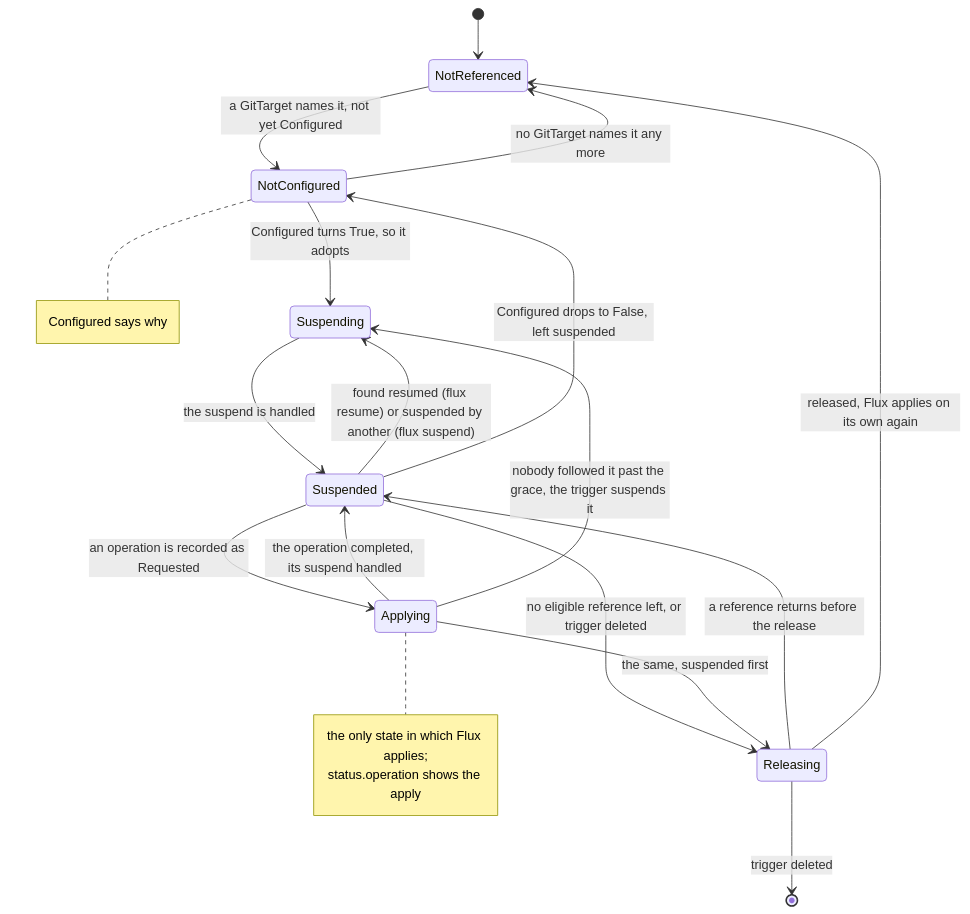
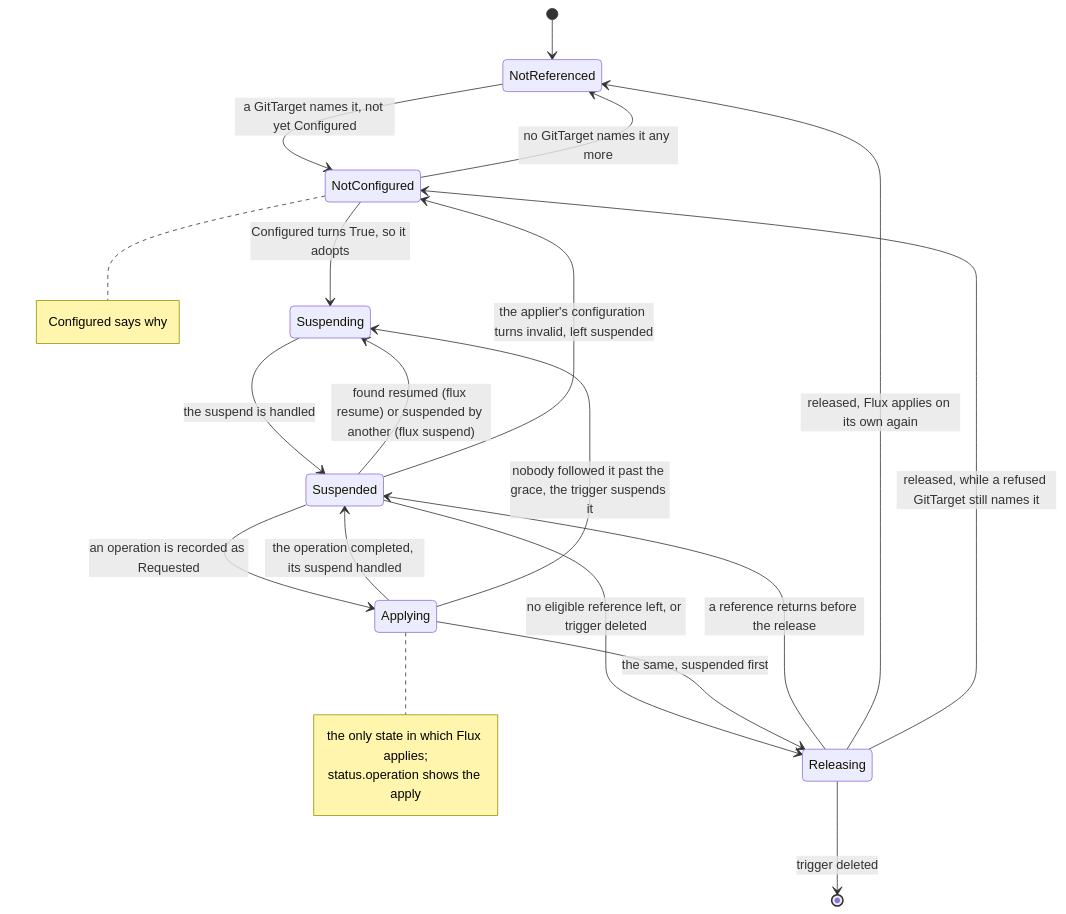
Before and after one commit to ConfigButler/gitops-reverser: the first of 2 diagrams in docs/bi-directional-flux.md, drawn with Mermaid. The commit also changed other lines of this file and 13 other files, not shown here.

````diff
--- a/docs/bi-directional-flux.md
+++ b/docs/bi-directional-flux.md
@@ -223,26 +239,27 @@
 ```mermaid
 stateDiagram-v2
     [*] --> NotReferenced
     NotReferenced --> NotConfigured: a GitTarget names it, not yet Configured
     NotConfigured --> NotReferenced: no GitTarget names it any more
     NotConfigured --> Suspending: Configured turns True, so it adopts
     Suspending --> Suspended: the suspend is handled
     Suspended --> Applying: an operation is recorded as Requested
     Applying --> Suspended: the operation completed, its suspend handled
     Applying --> Suspending: nobody followed it past the grace, the trigger suspends it
     Suspended --> Suspending: found resumed (flux resume) or suspended by another (flux suspend)
-    Suspended --> NotConfigured: Configured drops to False, left suspended
+    Suspended --> NotConfigured: the applier's configuration turns invalid, left suspended
     Suspended --> Releasing: no eligible reference left, or trigger deleted
     Applying --> Releasing: the same, suspended first
     Releasing --> Suspended: a reference returns before the release
     Releasing --> NotReferenced: released, Flux applies on its own again
+    Releasing --> NotConfigured: released, while a refused GitTarget still names it
     Releasing --> [*]: trigger deleted
 
     note right of NotConfigured
         Configured says why
     end note
     note right of Applying
         the only state in which Flux applies;
         status.operation shows the apply
     end note
 ```
````
